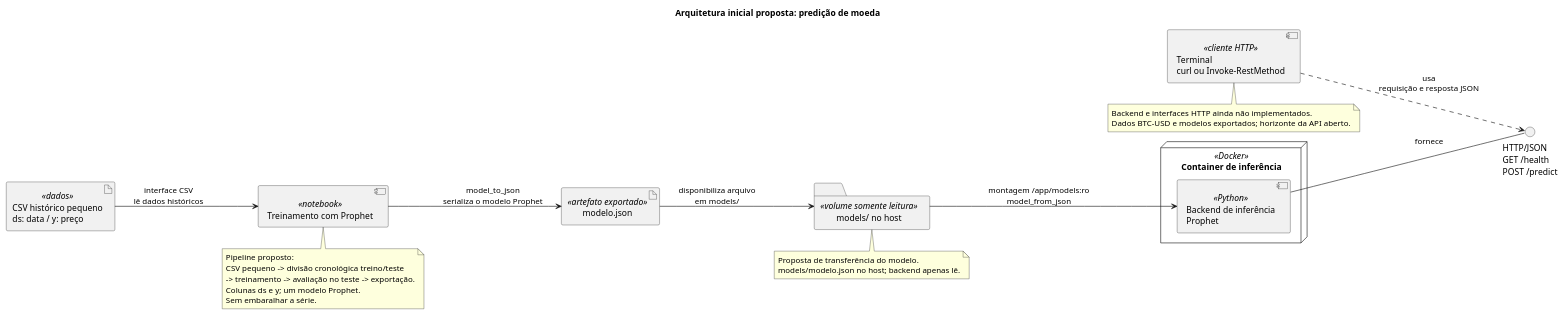
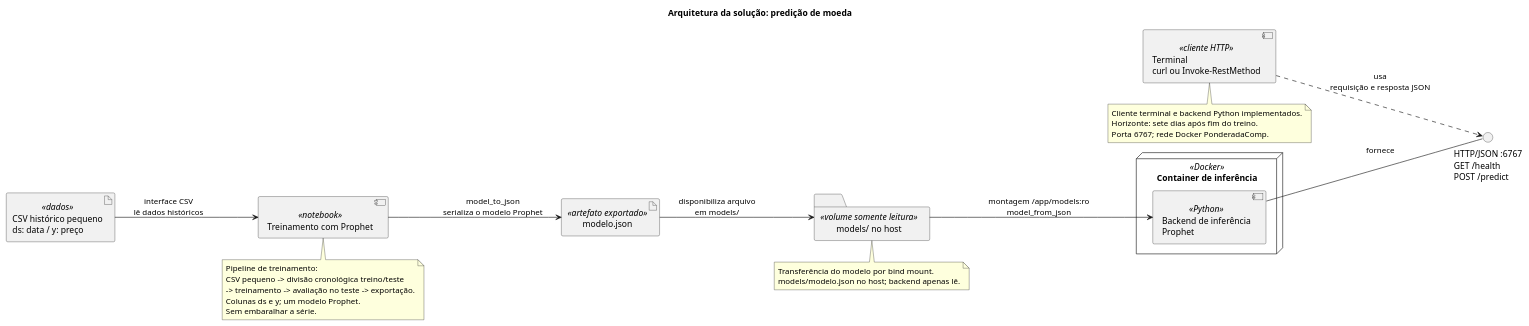
Before and after one commit to C-Icaro/ponderada-m7-predicao-moeda: the diagram in docs/arquitetura.puml, drawn with PlantUML. The commit also changed 27 other files, not shown here.

Commit message:
Entrega backend Docker e compara ARIMA com Prophet

```diff
--- a/docs/arquitetura.puml
+++ b/docs/arquitetura.puml
@@ -1,43 +1,44 @@
 @startuml
-title Arquitetura inicial proposta: predição de moeda
+title Arquitetura da solução: predição de moeda
 left to right direction
 skinparam componentStyle uml2
 skinparam shadowing false
 
 artifact "CSV histórico pequeno\nds: data / y: preço" as Csv <<dados>>
 component "Treinamento com Prophet" as Training <<notebook>>
 artifact "modelo.json" as Model <<artefato exportado>>
 folder "models/ no host" as ModelsVolume <<volume somente leitura>>
 
 node "Container de inferência" as InferenceContainer <<Docker>> {
   component "Backend de inferência\nProphet" as Backend <<Python>>
 }
 
-interface "HTTP/JSON\nGET /health\nPOST /predict" as HttpApi
+interface "HTTP/JSON :6767\nGET /health\nPOST /predict" as HttpApi
 component "Terminal\ncurl ou Invoke-RestMethod" as Client <<cliente HTTP>>
 
 Csv --> Training : interface CSV\nlê dados históricos
 Training --> Model : model_to_json\nserializa o modelo Prophet
 Model --> ModelsVolume : disponibiliza arquivo\nem models/
 ModelsVolume --> Backend : montagem /app/models:ro\nmodel_from_json
 Backend -- HttpApi : fornece
 Client ..> HttpApi : usa\nrequisição e resposta JSON
 
 note bottom of Training
-  Pipeline proposto:
+  Pipeline de treinamento:
   CSV pequeno -> divisão cronológica treino/teste
   -> treinamento -> avaliação no teste -> exportação.
   Colunas ds e y; um modelo Prophet.
   Sem embaralhar a série.
 end note
 
 note bottom of ModelsVolume
-  Proposta de transferência do modelo.
+  Transferência do modelo por bind mount.
   models/modelo.json no host; backend apenas lê.
 end note
 
 note bottom of Client
-  Backend e interfaces HTTP ainda não implementados.
-  Dados BTC-USD e modelos exportados; horizonte da API aberto.
+  Cliente terminal e backend Python implementados.
+  Horizonte: sete dias após fim do treino.
+  Porta 6767; rede Docker PonderadaComp.
 end note
 @enduml
```
